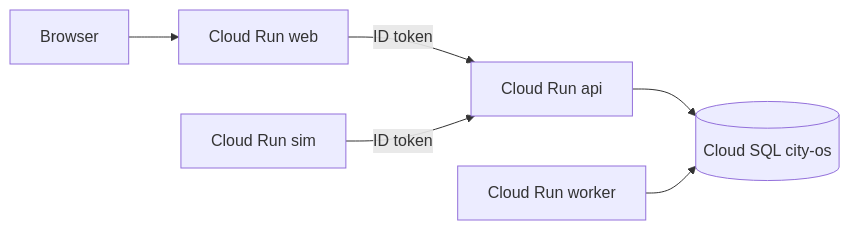
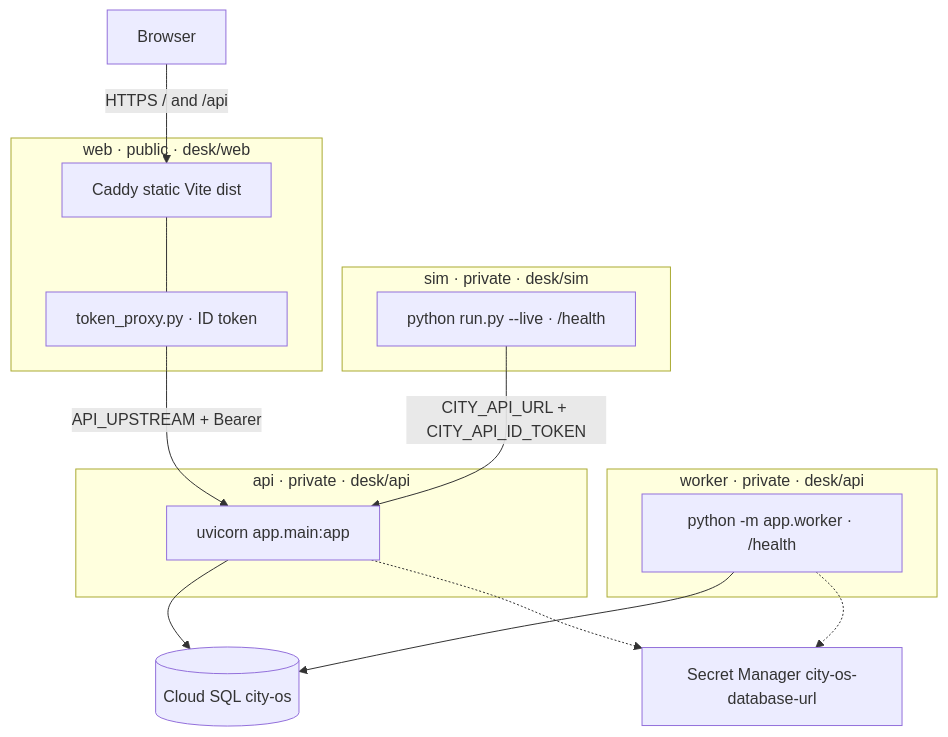
One commit to cheslav-zhur/smart-city-os changed the diagram in docs/deploy-gcp.md. Above: the diagram before and after it, drawn with Mermaid. The commit also changed other lines of this file and 2 other files, not shown here.

First line of the commit message:
docs: point at the live GCP console and hosting layout

````diff
--- a/docs/deploy-gcp.md
+++ b/docs/deploy-gcp.md
@@ -37,8 +39,33 @@
 ```mermaid
-flowchart LR
-  browser[Browser] --> web[Cloud Run web]
-  web -->|ID token| api[Cloud Run api]
-  sim[Cloud Run sim] -->|ID token| api
-  api --> sql[(Cloud SQL city-os)]
-  worker[Cloud Run worker] --> sql
+flowchart TB
+  browser[Browser]
+
+  subgraph webSvc ["web · public · desk/web"]
+    caddy[Caddy static Vite dist]
+    proxy[token_proxy.py · ID token]
+    caddy --- proxy
+  end
+
+  subgraph apiSvc ["api · private · desk/api"]
+    uvicorn["uvicorn app.main:app"]
+  end
+
+  subgraph workerSvc ["worker · private · desk/api"]
+    wloop["python -m app.worker · /health"]
+  end
+
+  subgraph simSvc ["sim · private · desk/sim"]
+    slive["python run.py --live · /health"]
+  end
+
+  sql[(Cloud SQL city-os)]
+  secret[Secret Manager city-os-database-url]
+
+  browser -->|HTTPS / and /api| caddy
+  proxy -->|API_UPSTREAM + Bearer| uvicorn
+  slive -->|CITY_API_URL + CITY_API_ID_TOKEN| uvicorn
+  uvicorn --> sql
+  wloop --> sql
+  uvicorn -.-> secret
+  wloop -.-> secret
 ```
````
